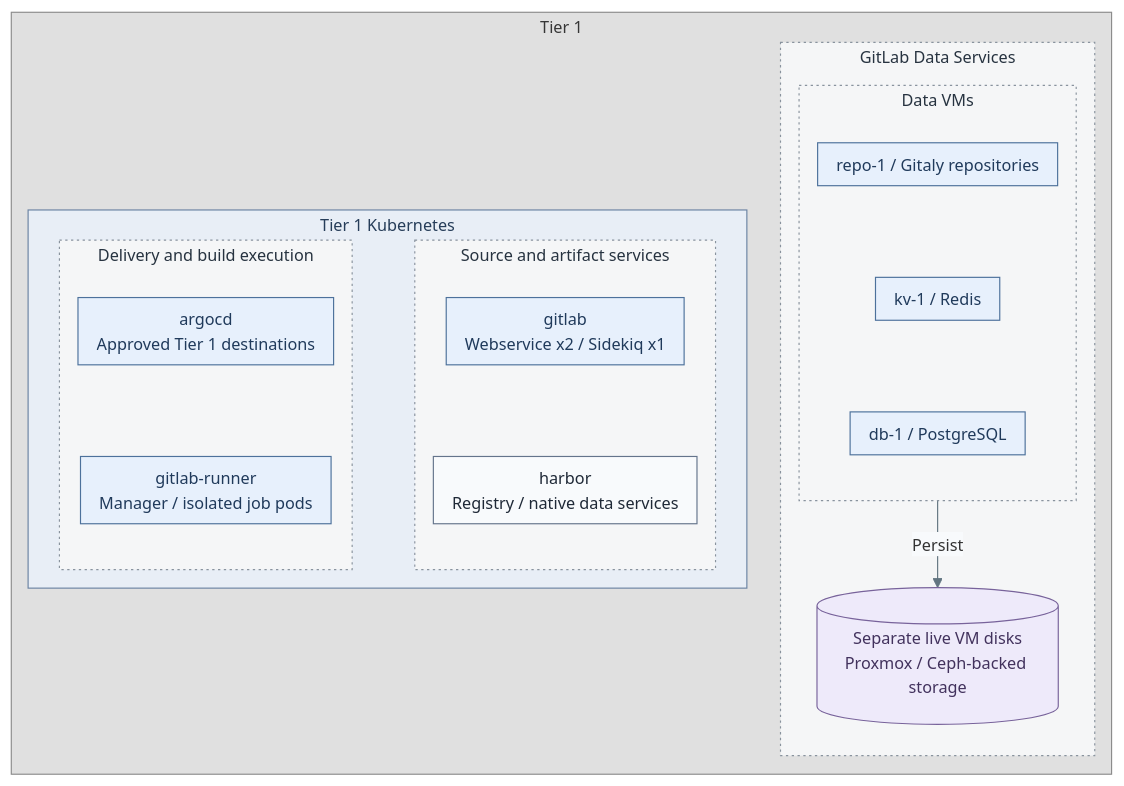
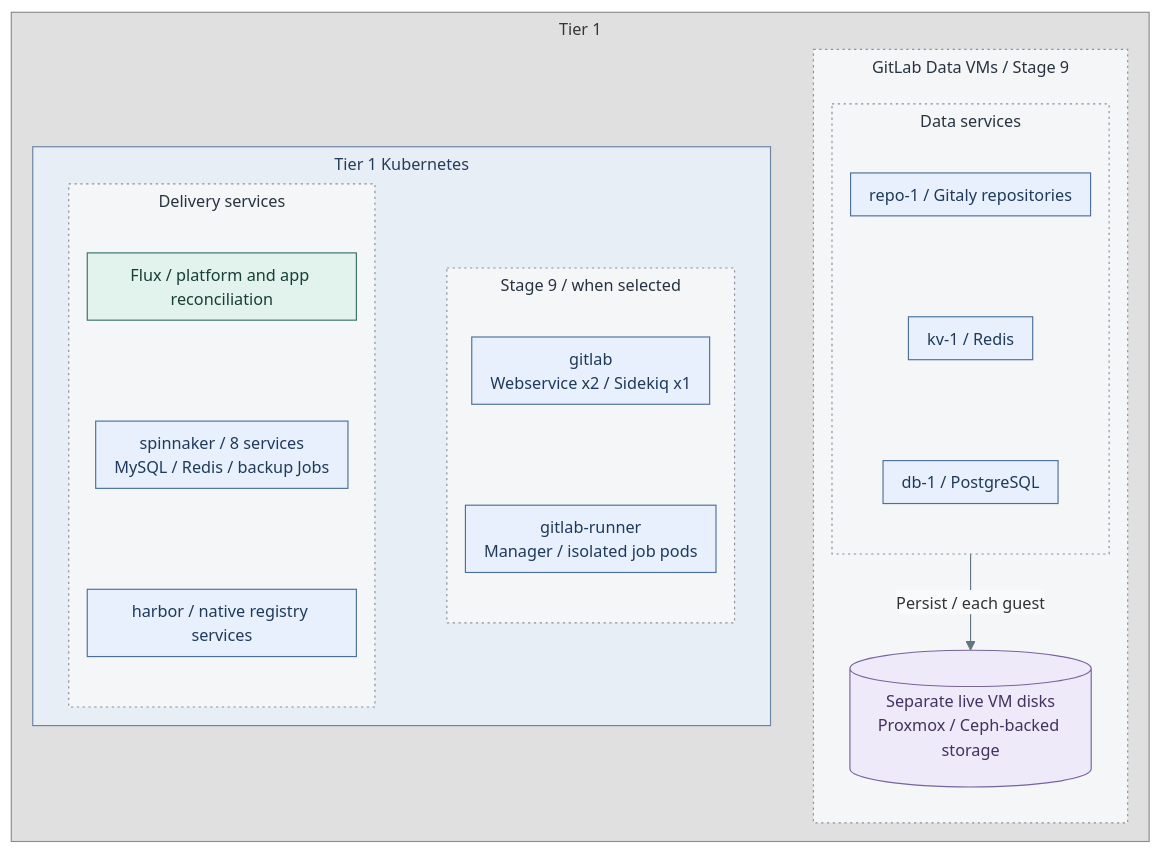
Before and after one commit to Rexus/homelab: the diagram in docs/05-operations/05-delivery.md, drawn with Mermaid. The commit also changed other lines of this file and 161 other files, not shown here.

Commit message:
feat(delivery): manage Tier 1 platform services with Flux

````diff
--- a/docs/05-operations/05-delivery.md
+++ b/docs/05-operations/05-delivery.md
@@ -9,53 +16,50 @@
 ```mermaid
-%%{init: {"theme":"base","flowchart":{"nodeSpacing":12,"rankSpacing":4,"padding":8,"subGraphTitleMargin":{"top":2,"bottom":8}},"themeVariables":{"lineColor":"#627581","edgeLabelBackground":"#f8fafc","fontFamily":"Arial, sans-serif","fontSize":"14px"},"fontFamily":"Arial, sans-serif"}}%%
+%%{init: {"theme":"base","flowchart":{"nodeSpacing":12,"rankSpacing":12,"padding":8,"subGraphTitleMargin":{"top":4,"bottom":12}},"themeVariables":{"lineColor":"#627581","edgeLabelBackground":"#f8fafc","fontFamily":"Arial, sans-serif","fontSize":"14px"},"fontFamily":"Arial, sans-serif"}}%%
 flowchart TB
   subgraph T1["Tier 1"]
     direction LR
     subgraph Runtime["Tier 1 Kubernetes"]
       direction LR
-      subgraph Consumers["Delivery and build execution"]
+      subgraph Delivery["Delivery services"]
         direction TB
-        CD["argocd<br/>Approved Tier 1 destinations"]
-        Runner["gitlab-runner<br/>Manager / isolated job pods"]
-        CD ~~~ Runner
+        Flux["Flux / platform and app reconciliation"]
+        Spin["spinnaker / 8 services<br/>MySQL / Redis / backup Jobs"]
+        Harbor["harbor / native registry services"]
+        Flux ~~~ Spin ~~~ Harbor
       end
-      subgraph Supply["Source and artifact services"]
+      subgraph Later["Stage 9 / when selected"]
         direction TB
         Git["gitlab<br/>Webservice x2 / Sidekiq x1"]
-        Harbor["harbor<br/>Registry / native data services"]
-        Git ~~~ Harbor
+        Runner["gitlab-runner<br/>Manager / isolated job pods"]
+        Git ~~~ Runner
       end
-      Consumers ~~~ Supply
+      Delivery ~~~ Later
     end
-    subgraph Data["GitLab Data Services"]
+    subgraph Data["GitLab Data VMs / Stage 9"]
       direction TB
-      subgraph Services["Data VMs"]
+      subgraph Guests["Data services"]
         direction TB
+        Repo["repo-1 / Gitaly repositories"]
+        Cache["kv-1 / Redis"]
         DB["db-1 / PostgreSQL"]
-        Cache["kv-1 / Redis"]
-        Repo["repo-1 / Gitaly repositories"]
         Repo ~~~ Cache ~~~ DB
       end
       Disks[("Separate live VM disks<br/>Proxmox / Ceph-backed storage")]
-      Services -->|Persist| Disks
+      Guests -->|Persist / each guest| Disks
     end
     Runtime ~~~ Data
   end
   classDef default fill:#f8fafc,stroke:#64748b,color:#1f2937
+  classDef tier1 fill:#e0e0e0,stroke:#8c8c8c,color:#363636
+  classDef kubernetes fill:#e8eef6,stroke:#6b83a3,color:#263d59
+  classDef group fill:#f5f6f7,stroke:#89939e,color:#273340,stroke-dasharray:2 3
   classDef services fill:#e7f0fc,stroke:#4d719b,color:#203a5b
-  classDef runtime fill:#d9eeec,stroke:#4d7b77,color:#173f3e
-  classDef boundary fill:#eef2f6,stroke:#64748b,color:#1f2937
-  classDef replicas fill:#f5f6f7,stroke:#89939e,color:#273340,stroke-dasharray:2 3
+  classDef control fill:#e2f3ed,stroke:#397366,color:#173f36
   classDef data fill:#eeeafa,stroke:#78639b,color:#42325d
-  classDef actor fill:#edf0f3,stroke:#697682,color:#293642
-  class CD,Runner,Git,DB,Cache,Repo services
+  class T1 tier1
+  class Runtime kubernetes
+  class Delivery,Later,Data,Guests group
+  class Spin,Harbor,Git,Runner,Repo,Cache,DB services
+  class Flux control
   class Disks data
-  classDef group fill:#f5f6f7,stroke:#89939e,color:#273340,stroke-dasharray:2 3
-  class Consumers,Supply,Services group
-  classDef kubernetes fill:#e8eef6,stroke:#6b83a3,color:#263d59
-  class Runtime kubernetes
-  classDef tier1 fill:#e0e0e0,stroke:#8c8c8c,color:#363636
-  class T1 tier1
-  classDef zoneServices fill:#e1eaf6,stroke:#4d719b,color:#203a5b
-  class Data group
 ```
````
